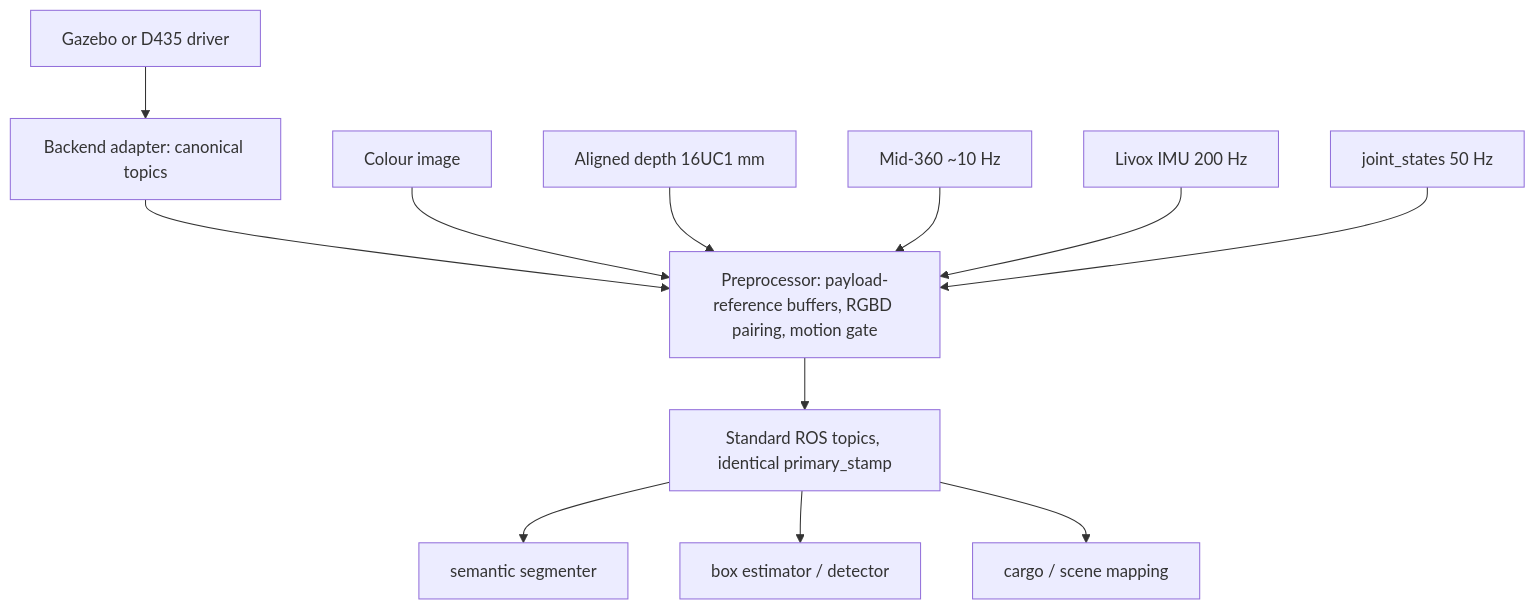
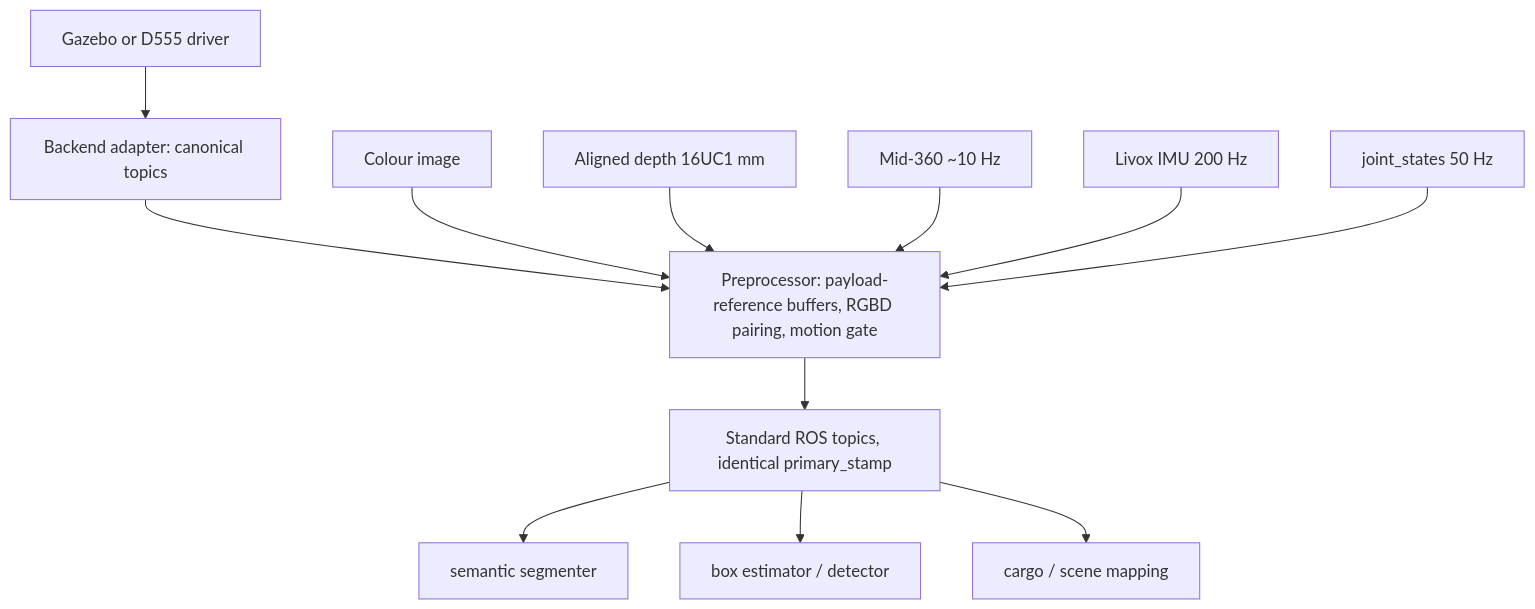
One commit to adamliaoyifan/RoboticArm changed the diagram in docs/architecture/sensor_data_pipeline.md. Above: the diagram before and after it, drawn with Mermaid. The commit also changed other lines of this file and 19 other files, not shown here.

Commit message:
feat(perception): integrate D555 canonical backend

````diff
--- a/docs/architecture/sensor_data_pipeline.md
+++ b/docs/architecture/sensor_data_pipeline.md
@@ -9,15 +10,15 @@
 ```mermaid
 flowchart TD
-  gz["Gazebo or D435 driver"] --> adapter["Backend adapter: canonical topics"]
+  gz["Gazebo or D555 driver"] --> adapter["Backend adapter: canonical topics"]
   adapter --> pre
   rgb["Colour image"] --> pre
   depth["Aligned depth 16UC1 mm"] --> pre
   lidar["Mid-360 ~10 Hz"] --> pre
   imu["Livox IMU 200 Hz"] --> pre
   joints["joint_states 50 Hz"] --> pre
   pre["Preprocessor: payload-reference buffers, RGBD pairing, motion gate"]
   pre --> topics["Standard ROS topics, identical primary_stamp"]
   topics --> seg["semantic segmenter"]
   topics --> box["box estimator / detector"]
   topics --> map["cargo / scene mapping"]
 ```
````
